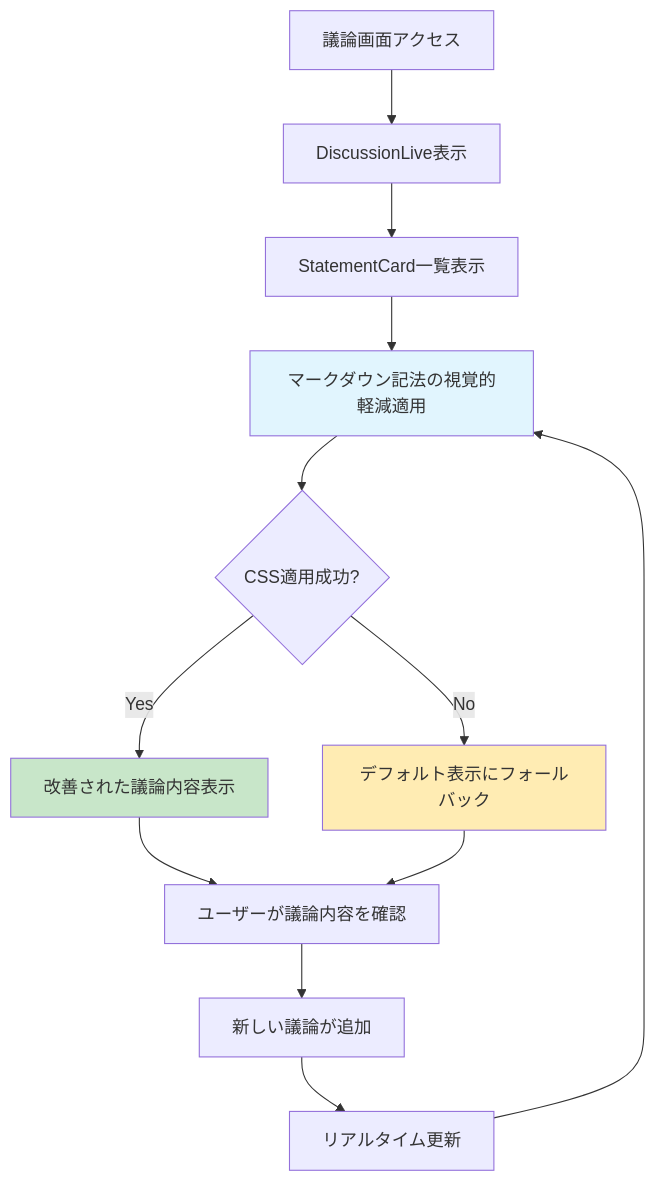
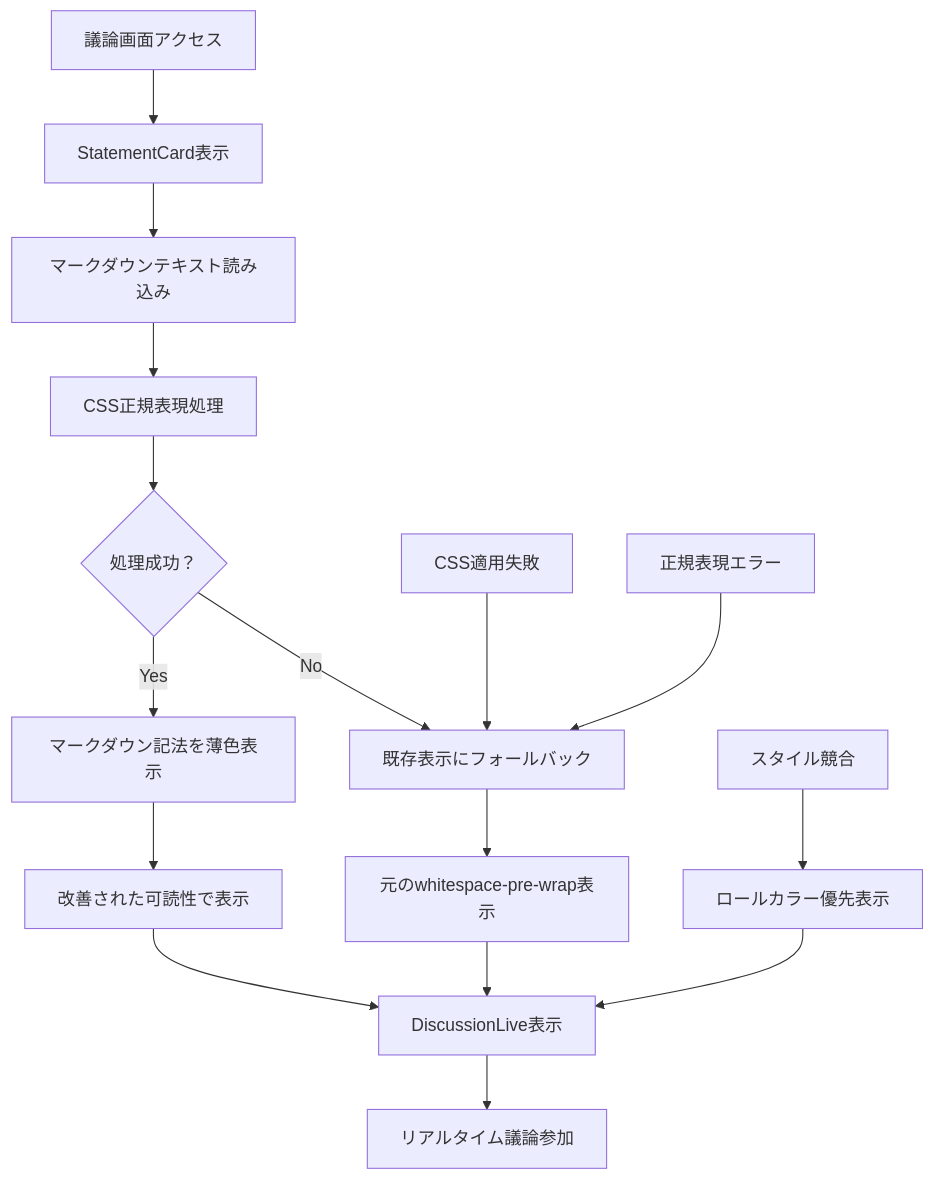
Before and after one commit to NakaGater/magi: the diagram in .magi/specs/2026-03-16_web-uiで議論の内容を確認する際にmdファイルを閲覧用の/flow.mermaid, drawn with Mermaid. The commit also changed 2 other files, not shown here.

```diff
--- a/.magi/specs/2026-03-16_web-uiで議論の内容を確認する際にmdファイルを閲覧用の/flow.mermaid
+++ b/.magi/specs/2026-03-16_web-uiで議論の内容を確認する際にmdファイルを閲覧用の/flow.mermaid
@@ -1,16 +1,17 @@
 graph TD
-    A[議論画面アクセス] --> B[DiscussionLive表示]
-    B --> C[StatementCard一覧表示]
-    C --> D[マークダウン記法の視覚的軽減適用]
-    D --> E{CSS適用成功?}
-    E -->|Yes| F[改善された議論内容表示]
-    E -->|No| G[デフォルト表示にフォールバック]
-    F --> H[ユーザーが議論内容を確認]
-    G --> H
-    H --> I[新しい議論が追加]
-    I --> J[リアルタイム更新]
-    J --> D
+    A[議論画面アクセス] --> B[StatementCard表示]
+    B --> C[マークダウンテキスト読み込み]
+    C --> D[CSS正規表現処理]
+    D --> E{処理成功？}
+    E -->|Yes| F[マークダウン記法を薄色表示]
+    E -->|No| G[既存表示にフォールバック]
+    F --> H[改善された可読性で表示]
+    G --> I[元のwhitespace-pre-wrap表示]
+    H --> J[DiscussionLive表示]
+    I --> J
+    J --> K[リアルタイム議論参加]
     
-    style D fill:#e1f5fe
-    style F fill:#c8e6c9
-    style G fill:#ffecb3
+    L[CSS適用失敗] --> G
+    M[正規表現エラー] --> G
+    N[スタイル競合] --> O[ロールカラー優先表示]
+    O --> J
```
